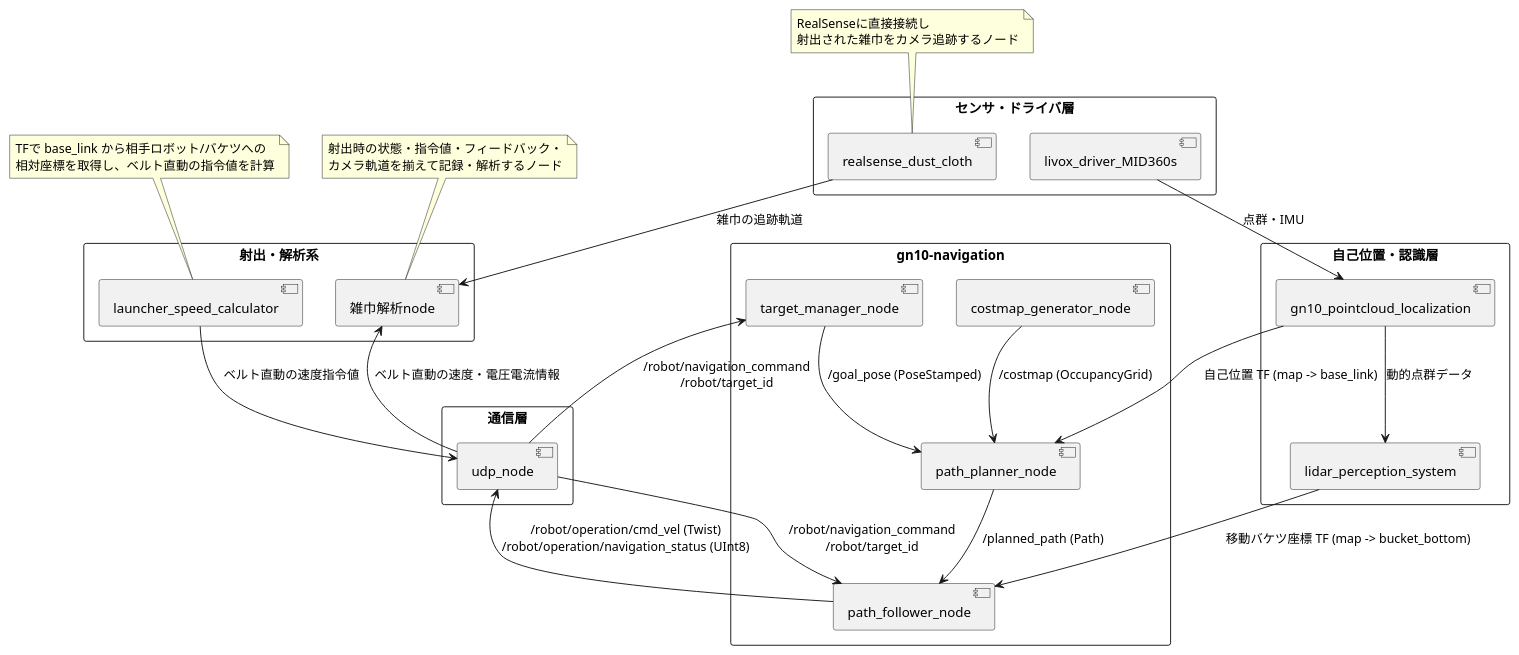
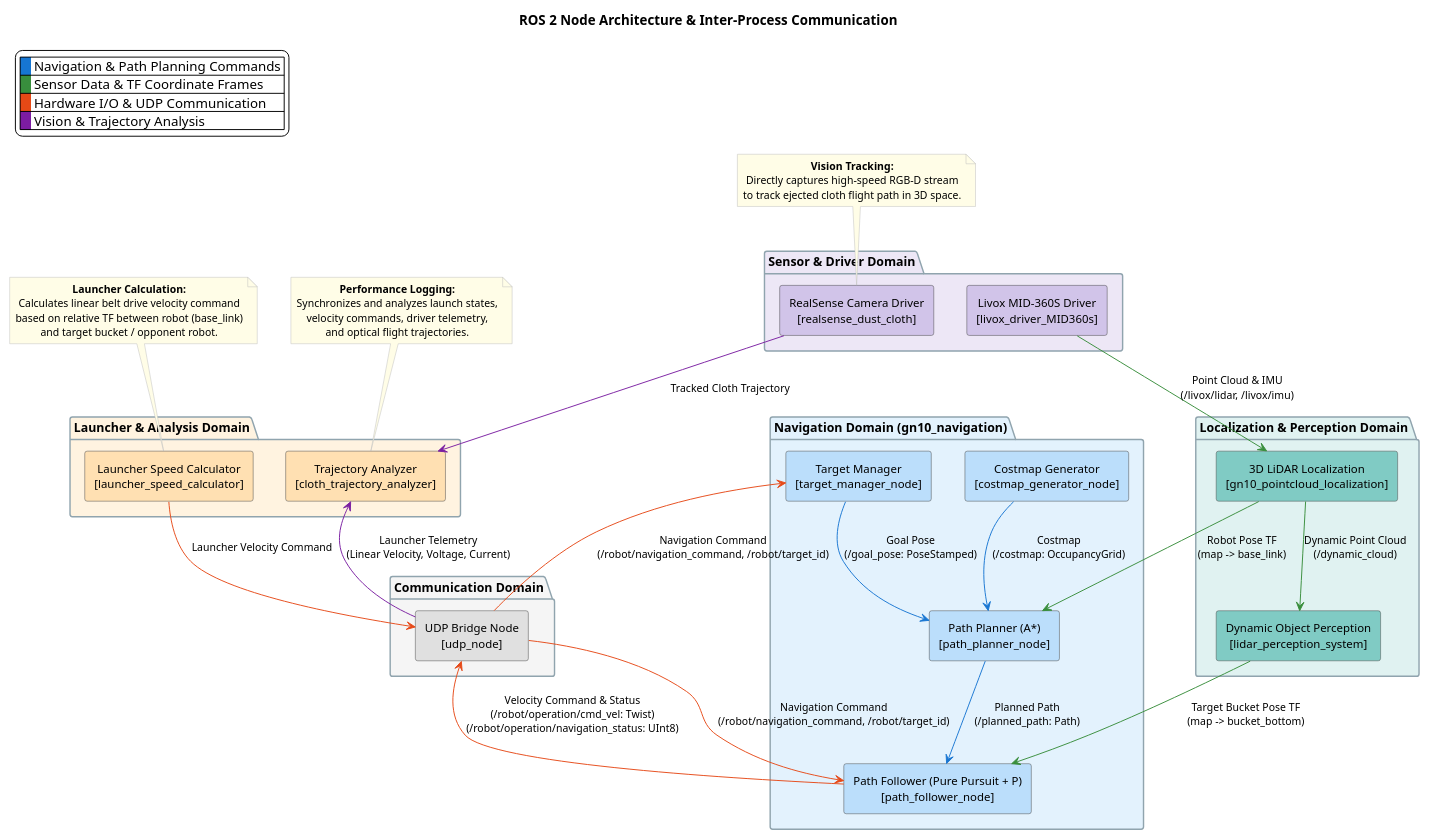
The diagram in automation/node.pu (tmcit-ararobo-2026a/system-design), drawn with PlantUML before and after one commit. The commit also changed 19 other files, not shown here.

```diff
--- a/automation/node.pu
+++ b/automation/node.pu
@@ -1,69 +1,108 @@
-@startuml ROS2システム
-skinparam componentStyle uml2
-skinparam packageStyle rectangle
+@startuml ros2 node diagram
 
-package "センサ・ドライバ層" {
-  [livox_driver_MID360s] as Livox
-  [realsense_dust_cloth] as RealSense
+title ROS 2 Node Architecture & Inter-Process Communication
+
+skinparam componentStyle rectangle
+skinparam backgroundColor #FFFFFF
+skinparam defaultTextAlignment center
+skinparam shadowing false
+scale max 4000*2500
+
+skinparam component {
+  BackgroundColor #F8F9FA
+  BorderColor #444444
+  FontSize 12
 }
 
-package "gn10-navigation" {
-  [target_manager_node] as TargetMgr
-  [costmap_generator_node] as CostmapGen
-  [path_planner_node] as Planner
-  [path_follower_node] as Follower
+skinparam package {
+  BackgroundColor #FAFAFA
+  BorderColor #90A4AE
+  FontSize 13
+  FontStyle bold
 }
 
-package "自己位置・認識層" {
-  [gn10_pointcloud_localization] as Localizer
-  [lidar_perception_system] as Perception
+skinparam ArrowFontSize 11
+skinparam NoteFontSize 11
+skinparam NoteBackgroundColor #FFFDE7
+skinparam NoteBorderColor #BDBDBD
+
+legend top left
+  |<back:#1976D2>   </back> Navigation & Path Planning Commands |
+  |<back:#388E3C>   </back> Sensor Data & TF Coordinate Frames |
+  |<back:#E64A19>   </back> Hardware I/O & UDP Communication |
+  |<back:#7B1FA2>   </back> Vision & Trajectory Analysis |
+endlegend
+
+' --- Sensor & Driver Domain ---
+package "Sensor & Driver Domain" #EDE7F6 {
+  component "Livox MID-360S Driver\n[livox_driver_MID360s]" as Livox #D1C4E9
+  component "RealSense Camera Driver\n[realsense_dust_cloth]" as RealSense #D1C4E9
 }
 
-package "射出・解析系" {
-  [launcher_speed_calculator] as LauncherCalc
-  [雑巾解析node] as ClothAnalyzer
+' --- Localization & Perception Domain ---
+package "Localization & Perception Domain" #E0F2F1 {
+  component "3D LiDAR Localization\n[gn10_pointcloud_localization]" as Localizer #80CBC4
+  component "Dynamic Object Perception\n[lidar_perception_system]" as Perception #80CBC4
 }
 
-package "通信層" {
-  [udp_node] as UDP
+' --- Navigation Domain ---
+package "Navigation Domain (gn10_navigation)" #E3F2FD {
+  component "Target Manager\n[target_manager_node]" as TargetMgr #BBDEFB
+  component "Costmap Generator\n[costmap_generator_node]" as CostmapGen #BBDEFB
+  component "Path Planner (A*)\n[path_planner_node]" as Planner #BBDEFB
+  component "Path Follower (Pure Pursuit + P)\n[path_follower_node]" as Follower #BBDEFB
 }
 
-' --- データフロー ---
+' --- Launcher & Analysis Domain ---
+package "Launcher & Analysis Domain" #FFF3E0 {
+  component "Launcher Speed Calculator\n[launcher_speed_calculator]" as LauncherCalc #FFE0B2
+  component "Trajectory Analyzer\n[cloth_trajectory_analyzer]" as ClothAnalyzer #FFE0B2
+}
 
-' 1. センサ & 自己位置
-Livox --> Localizer : 点群・IMU
-Localizer --> Planner : 自己位置 TF (map -> base_link)
-Localizer --> Perception : 動的点群データ
-Perception --> Follower : 移動バケツ座標 TF (map -> bucket_bottom)
+' --- Communication Domain ---
+package "Communication Domain" #F5F5F5 {
+  component "UDP Bridge Node\n[udp_node]" as UDP #E0E0E0
+}
 
-' 2. メイン基板 (UDP) ↔ ナビゲーション
-UDP --> TargetMgr : /robot/navigation_command\n/robot/target_id
-UDP --> Follower : /robot/navigation_command\n/robot/target_id
-TargetMgr --> Planner : /goal_pose (PoseStamped)
-CostmapGen --> Planner : /costmap (OccupancyGrid)
+' --- Connections: Sensor & Localization ---
+Livox -[#388E3C]-> Localizer : Point Cloud & IMU\n(/livox/lidar, /livox/imu)
+Localizer -[#388E3C]-> Planner : Robot Pose TF\n(map -> base_link)
+Localizer -[#388E3C]-> Perception : Dynamic Point Cloud\n(/dynamic_cloud)
+Perception -[#388E3C]-> Follower : Target Bucket Pose TF\n(map -> bucket_bottom)
 
-Planner --> Follower : /planned_path (Path)
-Follower --> UDP : /robot/operation/cmd_vel (Twist)\n/robot/operation/navigation_status (UInt8)
+' --- Connections: Master MCU (UDP) & Navigation ---
+UDP -[#E64A19]-> TargetMgr : Navigation Command\n(/robot/navigation_command, /robot/target_id)
+UDP -[#E64A19]-> Follower : Navigation Command\n(/robot/navigation_command, /robot/target_id)
+TargetMgr -[#1976D2]-> Planner : Goal Pose\n(/goal_pose: PoseStamped)
+CostmapGen -[#1976D2]-> Planner : Costmap\n(/costmap: OccupancyGrid)
 
-' 3. 射出制御 & 雑巾解析
-RealSense --> ClothAnalyzer : 雑巾の追跡軌道
-UDP --> ClothAnalyzer : ベルト直動の速度・電圧電流情報
-LauncherCalc --> UDP : ベルト直動の速度指令値
+Planner -[#1976D2]-> Follower : Planned Path\n(/planned_path: Path)
+Follower -[#E64A19]-> UDP : Velocity Command & Status\n(/robot/operation/cmd_vel: Twist)\n(/robot/operation/navigation_status: UInt8)
 
-' ノート
+' --- Connections: Launcher & Analysis ---
+RealSense -[#7B1FA2]-> ClothAnalyzer : Tracked Cloth Trajectory
+UDP -[#7B1FA2]-> ClothAnalyzer : Launcher Telemetry\n(Linear Velocity, Voltage, Current)
+LauncherCalc -[#E64A19]-> UDP : Launcher Velocity Command
+
+' --- Technical Notes ---
 note top of LauncherCalc
-  TFで base_link から相手ロボット/バケツへの
-  相対座標を取得し、ベルト直動の指令値を計算
+  <b>Launcher Calculation:</b>
+  Calculates linear belt drive velocity command
+  based on relative TF between robot (base_link)
+  and target bucket / opponent robot.
 end note
 
 note top of RealSense
-  RealSenseに直接接続し
-  射出された雑巾をカメラ追跡するノード
+  <b>Vision Tracking:</b>
+  Directly captures high-speed RGB-D stream
+  to track ejected cloth flight path in 3D space.
 end note
 
 note top of ClothAnalyzer
-  射出時の状態・指令値・フィードバック・
-  カメラ軌道を揃えて記録・解析するノード
+  <b>Performance Logging:</b>
+  Synchronizes and analyzes launch states,
+  velocity commands, driver telemetry,
+  and optical flight trajectories.
 end note
 
 @enduml
```
